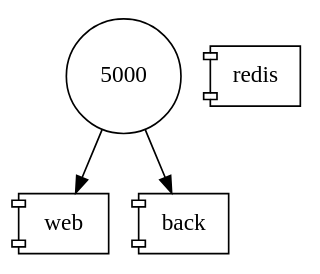
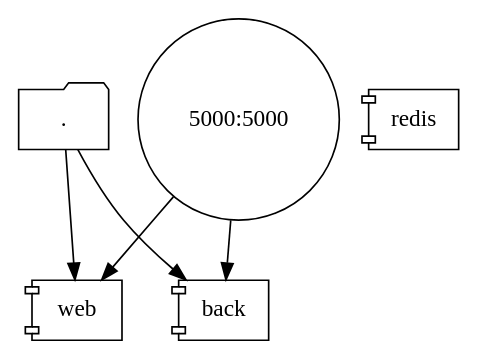
One commit to victorsalaun/docker-compose-visualizer changed the diagram in examples/docker-compose.dot. Above: the diagram before and after it, drawn with Graphviz. The commit also changed 2 other files, not shown here.

```diff
--- a/examples/docker-compose.dot
+++ b/examples/docker-compose.dot
@@ -1,9 +1,12 @@
 digraph docker_compose {
-	5000:5000->web;
-	5000:5000->back;
-	5000:5000 [ shape=circle ];
-	back [ shape=component ];
-	redis [ shape=component ];
-	web [ shape=component ];
+	"."->"web";
+	"5000:5000"->"web";
+	"."->"back";
+	"5000:5000"->"back";
+	"." [ shape=folder ];
+	"5000:5000" [ shape=circle ];
+	"back" [ shape=component ];
+	"redis" [ shape=component ];
+	"web" [ shape=component ];
 
 }
```
